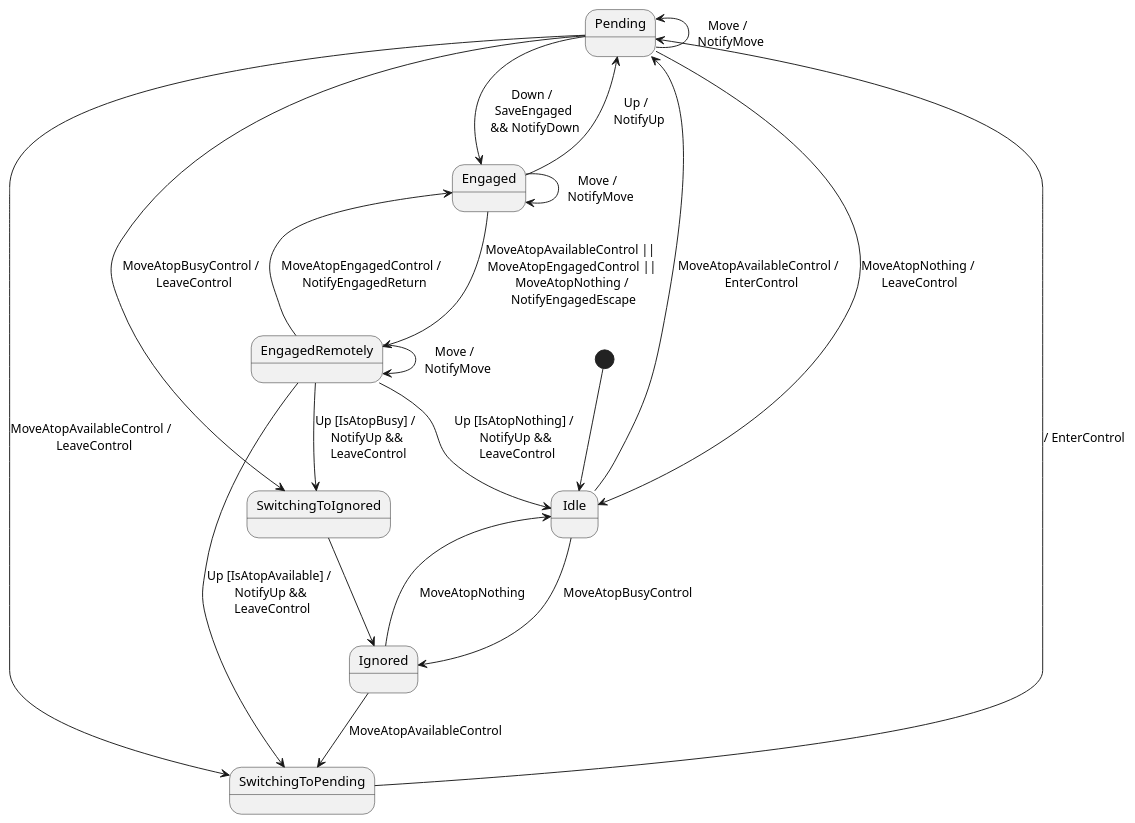
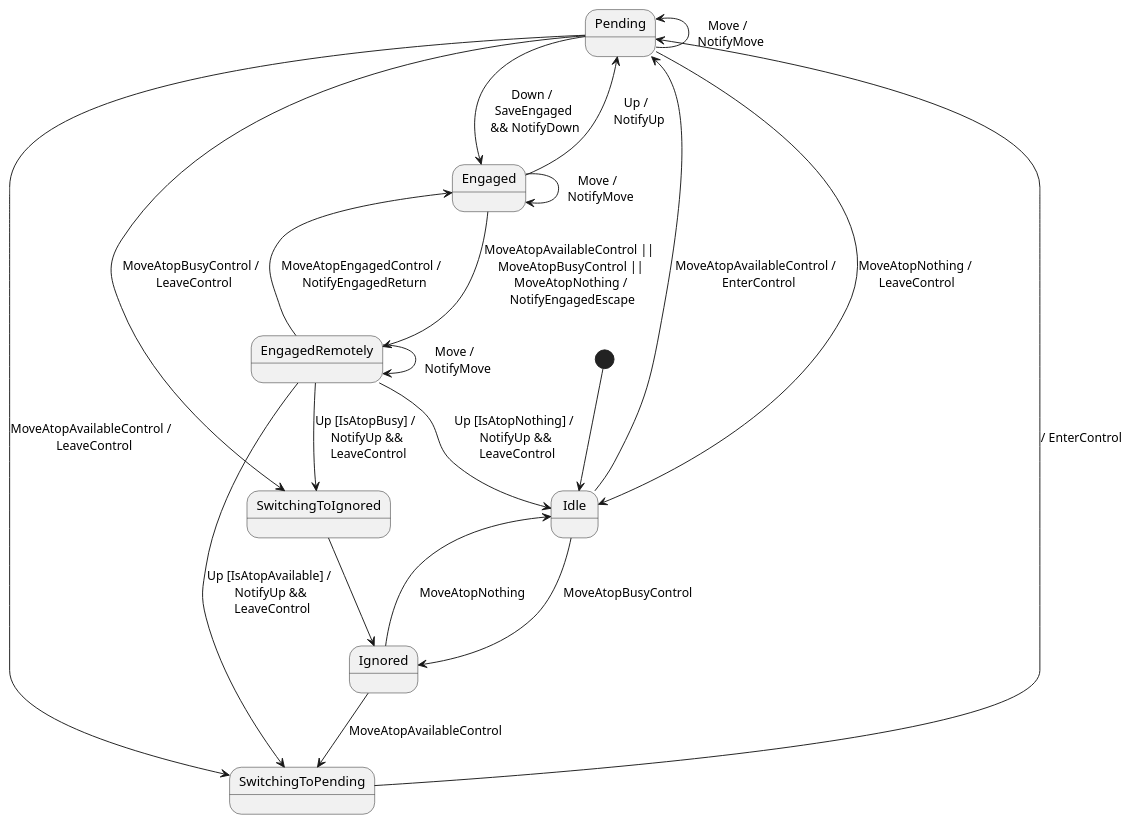
Before and after one commit to bobkocisko/libgui: the diagram in Documentation/PointerInput.puml, drawn with PlantUML. The commit also changed 2 other files, not shown here.

```diff
--- a/Documentation/PointerInput.puml
+++ b/Documentation/PointerInput.puml
@@ -1,40 +1,40 @@
 @startuml
 
 [*] --> Idle
 
 Idle --> Pending: MoveAtopAvailableControl / \n EnterControl
 
 Pending -left-> Pending: Move / \n NotifyMove
 Pending --> Idle: MoveAtopNothing /\n LeaveControl
 
 Idle -> Ignored: MoveAtopBusyControl
 
 Ignored -> Idle: MoveAtopNothing
 
 Pending --> Engaged: Down / \n SaveEngaged \n && NotifyDown
 
 Engaged --> Pending: Up / \n NotifyUp
 
 Pending --> SwitchingToIgnored: MoveAtopBusyControl / \n LeaveControl
 
 Pending --> SwitchingToPending: MoveAtopAvailableControl / \n LeaveControl
 
 SwitchingToPending -> Pending: / EnterControl
 
 SwitchingToIgnored --> Ignored
 
 Ignored --> SwitchingToPending: MoveAtopAvailableControl
 
-Engaged --> EngagedRemotely: MoveAtopAvailableControl || \n MoveAtopEngagedControl || \n MoveAtopNothing / \n NotifyEngagedEscape
+Engaged --> EngagedRemotely: MoveAtopAvailableControl || \n MoveAtopBusyControl || \n MoveAtopNothing / \n NotifyEngagedEscape
 Engaged --> Engaged: Move / \n NotifyMove
 
 EngagedRemotely --> Engaged: MoveAtopEngagedControl / \n NotifyEngagedReturn
 
 EngagedRemotely --> EngagedRemotely: Move / \n NotifyMove
 
 EngagedRemotely --> Idle: Up [IsAtopNothing] / \n NotifyUp && \n LeaveControl
 EngagedRemotely --> SwitchingToIgnored: Up [IsAtopBusy] / \n NotifyUp && \n LeaveControl
 EngagedRemotely --> SwitchingToPending: Up [IsAtopAvailable] / \n NotifyUp && \n LeaveControl
 
 
 @enduml
```
